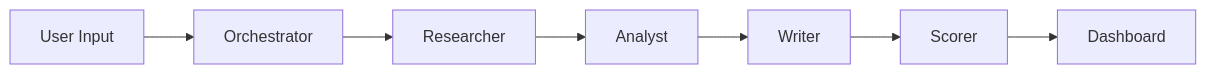
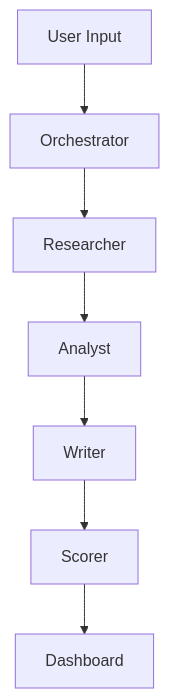
Before and after one commit to martin-minghetti/sdr-swarm: the diagram in README.md, drawn with Mermaid.

Commit message:
Fix: make How It Works diagram vertical

````diff
--- a/README.md
+++ b/README.md
@@ -46,9 +46,9 @@
 ```mermaid
-graph LR
+graph TD
     A[User Input] --> B[Orchestrator]
     B --> C[Researcher]
     C --> D[Analyst]
     D --> E[Writer]
     E --> F[Scorer]
     F --> G[Dashboard]
 ```
````
